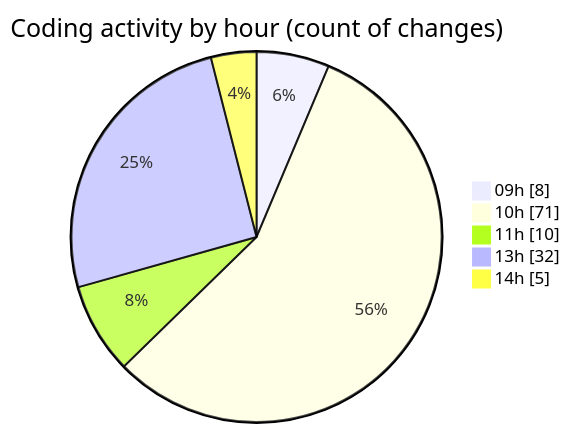
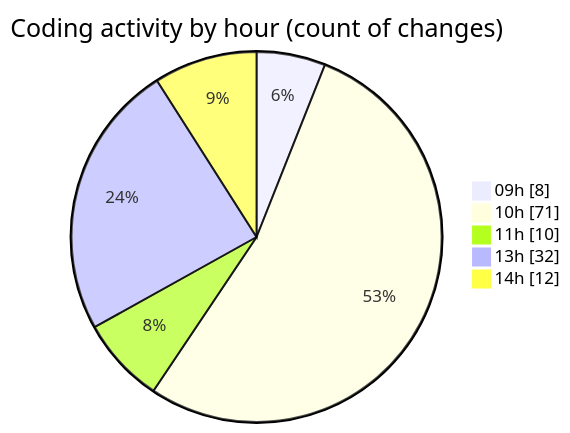
Before and after one commit to CELIANVF/code-tracking: the second of 2 diagrams in 2025-06-03/ecodeli-1/README.md, drawn with Mermaid. The commit also changed other lines of this file and 1 other file, not shown here.

````diff
--- a/2025-06-03/ecodeli-1/README.md
+++ b/2025-06-03/ecodeli-1/README.md
@@ -73,9 +74,9 @@
 ```mermaid
 pie showData
 title Coding activity by hour (count of changes)
 "09h" : 8
 "10h" : 71
 "11h" : 10
 "13h" : 32
-"14h" : 5
+"14h" : 12
 ```
````
